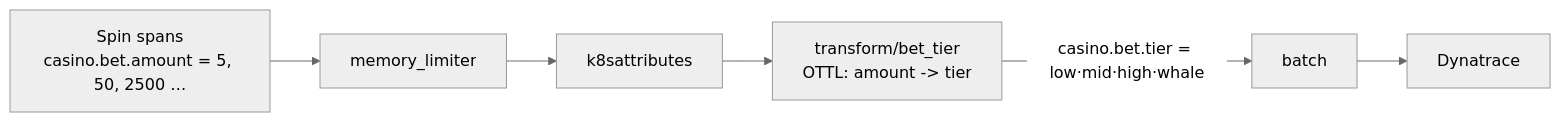
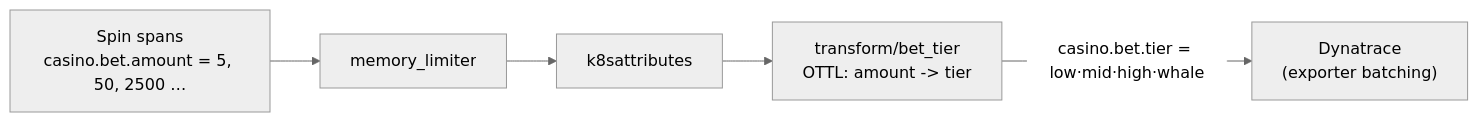
One commit to agardnerIT/Otel-Training changed the diagram in docs-site/advanced/catalog-b4-ottl-enrichment.md. Above: the diagram before and after it, drawn with Mermaid (neutral theme). The commit also changed other lines of this file and 8 other files, not shown here.

````diff
--- a/docs-site/advanced/catalog-b4-ottl-enrichment.md
+++ b/docs-site/advanced/catalog-b4-ottl-enrichment.md
@@ -18,8 +18,7 @@
 ```mermaid
 flowchart LR
   spans["Spin spans<br/>casino.bet.amount = 5, 50, 2500 …"] --> ml["memory_limiter"]
   ml --> k8s["k8sattributes"]
   k8s --> t["transform/bet_tier<br/>OTTL: amount -> tier"]
-  t -->|"casino.bet.tier = low·mid·high·whale"| b["batch"]
-  b --> dt["Dynatrace"]
+  t -->|"casino.bet.tier = low·mid·high·whale"| dt["Dynatrace<br/>(exporter batching)"]
 ```
````
